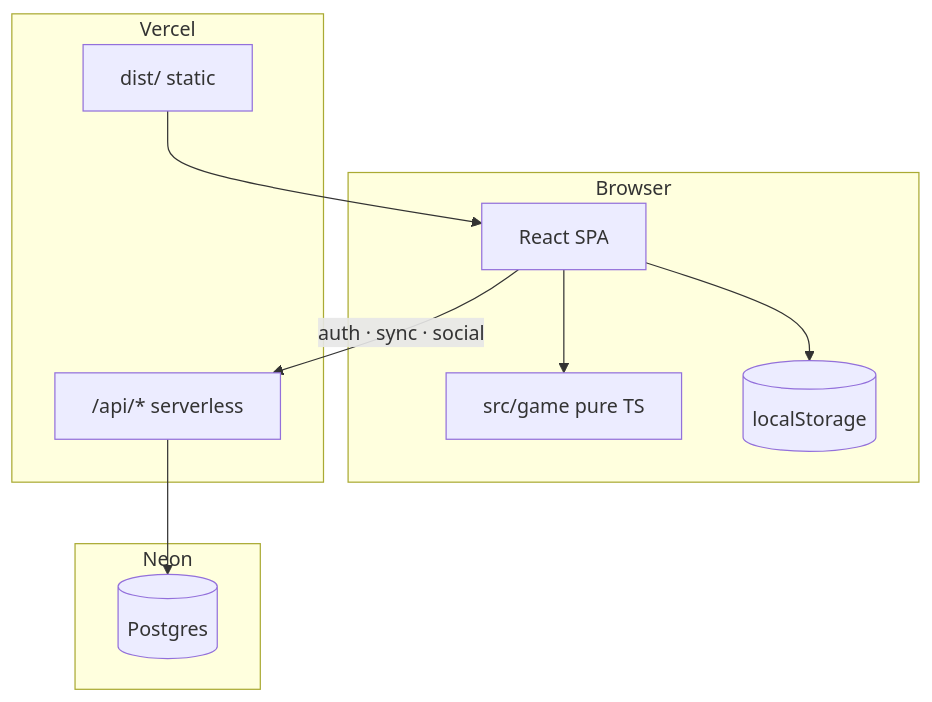
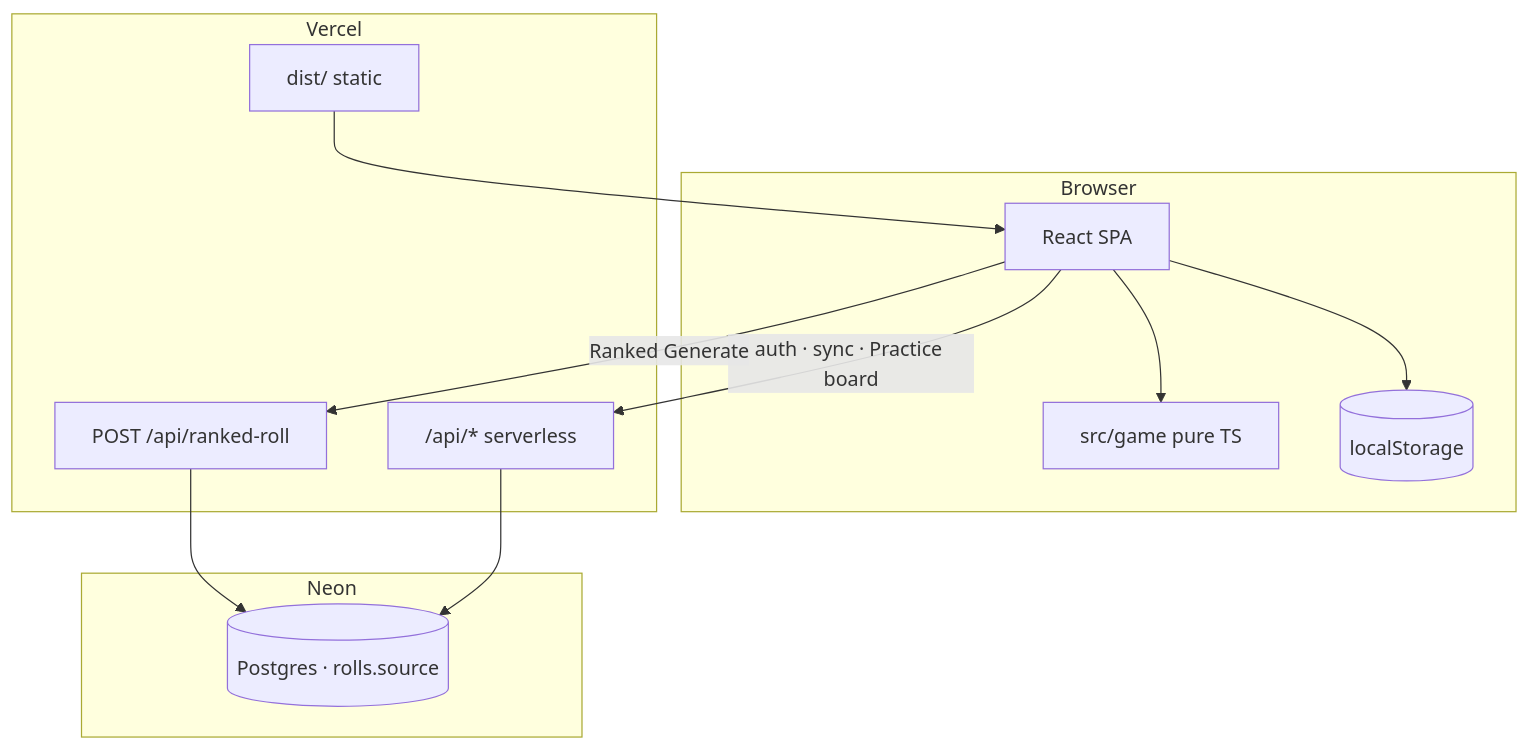
The first of 6 diagrams in docs/ARCHITECTURE.md (jondmarien/rngdle-unlocked), drawn with Mermaid before and after one commit. The commit also changed other lines of this file and 7 other files, not shown here.

First line of the commit message:
docs(v0.4.0): dual boards Ranked + Practice sitewide copy

````diff
--- a/docs/ARCHITECTURE.md
+++ b/docs/ARCHITECTURE.md
@@ -7,23 +7,26 @@
 ```mermaid
 flowchart TB
   subgraph Browser
     UI[React SPA]
     Engine[src/game pure TS]
     LS[(localStorage)]
     UI --> Engine
     UI --> LS
   end
 
   subgraph Vercel
     Static[dist/ static]
     API["/api/* serverless"]
+    Ranked["POST /api/ranked-roll"]
   end
 
   subgraph Neon
-    DB[(Postgres)]
+    DB[(Postgres · rolls.source)]
   end
 
   Static --> UI
-  UI -->|auth · sync · social| API
+  UI -->|auth · sync · Practice board| API
+  UI -->|Ranked Generate| Ranked
+  Ranked --> DB
   API --> DB
 ```
````
